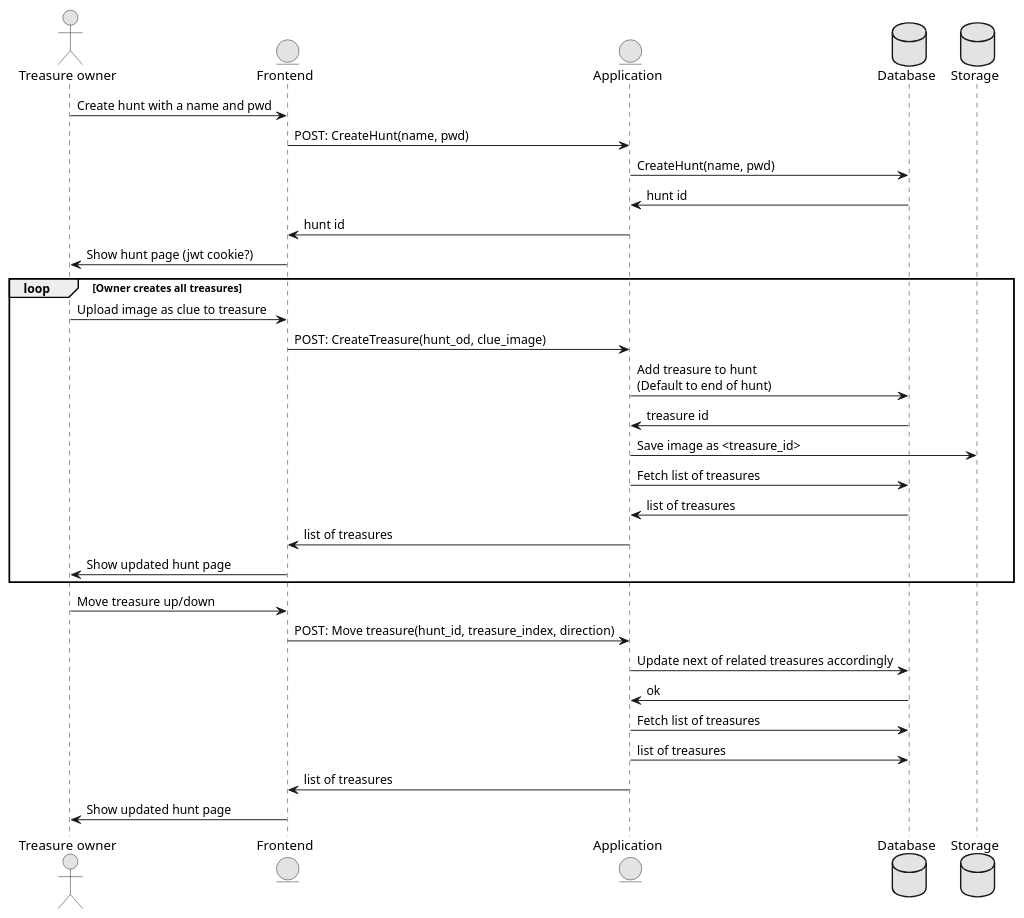
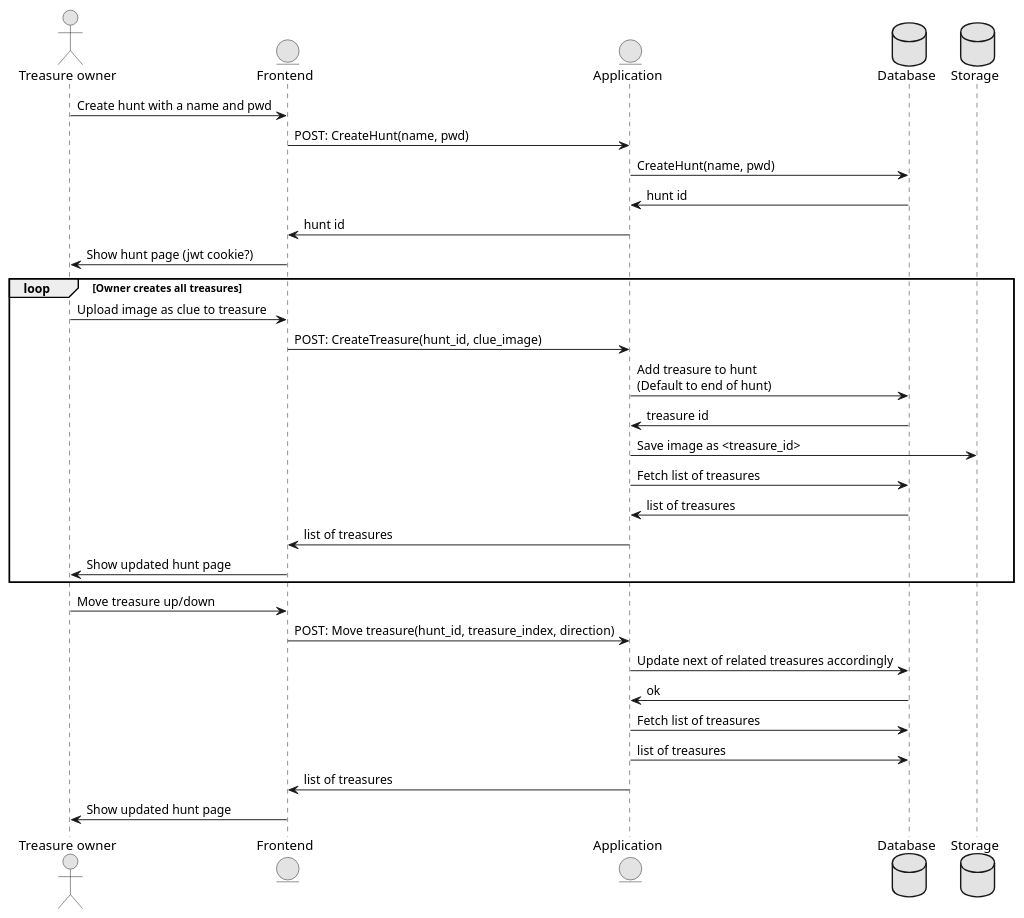
One commit to bjornwedell/lengers-treasure-hunt changed the diagram in use_case.iuml. Above: the diagram before and after it, drawn with PlantUML.

Commit message:
Fix spelling in use case

```diff
--- a/use_case.iuml
+++ b/use_case.iuml
@@ -1,33 +1,33 @@
 @startuml Usecase
 skinparam monochrome true
 Actor "Treasure owner" as owner
 Entity "Frontend" as fe
 Entity "Application" as app
 Database "Database" as db
 Database "Storage" as storage
 owner -> fe: Create hunt with a name and pwd
 fe -> app: POST: CreateHunt(name, pwd)
 app -> db: CreateHunt(name, pwd)
 app <- db: hunt id
 fe <- app: hunt id
 fe -> owner: Show hunt page (jwt cookie?)
 loop Owner creates all treasures
     owner -> fe: Upload image as clue to treasure
-    fe -> app: POST: CreateTreasure(hunt_od, clue_image)
+    fe -> app: POST: CreateTreasure(hunt_id, clue_image)
     app -> db: Add treasure to hunt\n(Default to end of hunt)
     app <- db: treasure id
     app -> storage: Save image as <treasure_id>
     app -> db: Fetch list of treasures
     app <- db: list of treasures
     fe <- app: list of treasures
     owner <- fe: Show updated hunt page
 end
 owner -> fe: Move treasure up/down
 fe -> app: POST: Move treasure(hunt_id, treasure_index, direction) 
 app -> db: Update next of related treasures accordingly
 app <- db: ok
 app -> db: Fetch list of treasures
 app -> db: list of treasures
 fe <- app: list of treasures
 owner <- fe: Show updated hunt page
 @enduml
```
